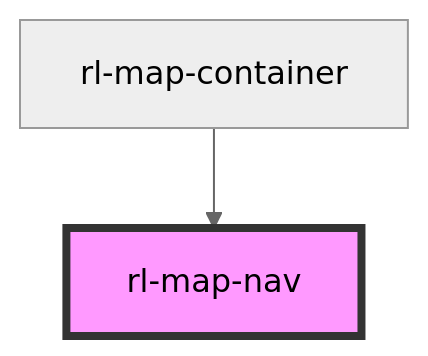
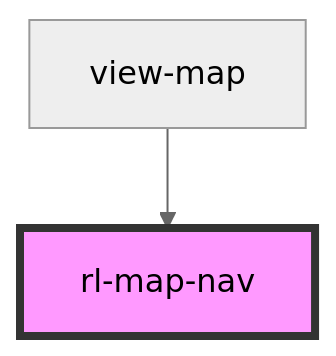
One commit to torontomulibrary/building-info-system changed the diagram in src/components/map-nav/readme.md. Above: the diagram before and after it, drawn with Mermaid (neutral theme). The commit also changed other lines of this file and 5 other files, not shown here.

````diff
--- a/src/components/map-nav/readme.md
+++ b/src/components/map-nav/readme.md
@@ -33,5 +33,5 @@
 ```mermaid
 graph TD;
-  rl-map-container --> rl-map-nav
+  view-map --> rl-map-nav
   style rl-map-nav fill:#f9f,stroke:#333,stroke-width:4px
 ```
````
